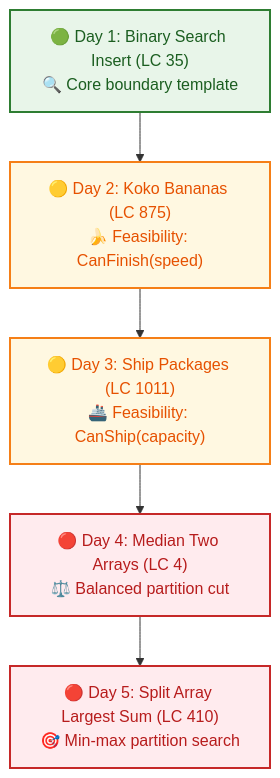
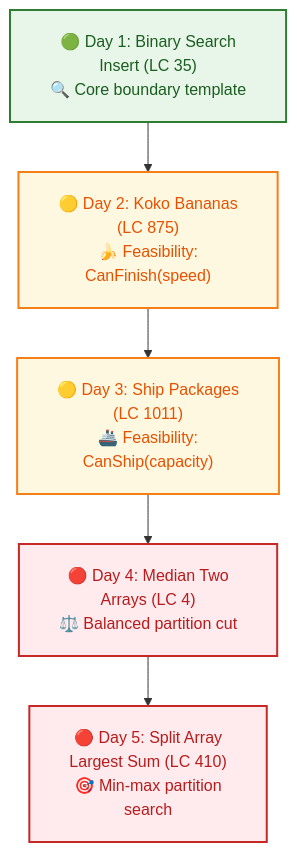
Before and after one commit to dip4k/DSA_102: the fifth of 19 diagrams in Senior_dsa_question_list.md, drawn with Mermaid. The commit also changed other lines of this file and 108 other files, not shown here.

First line of the commit message:
fix(mermaid): resolve diagram clipping, padding, and syntax issues across repo

````diff
--- a/Senior_dsa_question_list.md
+++ b/Senior_dsa_question_list.md
@@ -192,14 +196,15 @@
 ```mermaid
+%%{init: {"flowchart": {"htmlLabels": true, "padding": 20}}}%%
 flowchart TD
     classDef startNode fill:#e8f5e9,stroke:#2e7d32,stroke-width:2px,color:#1b5e20
     classDef midNode fill:#fff8e1,stroke:#f57f17,stroke-width:2px,color:#e65100
     classDef hardNode fill:#ffebee,stroke:#c62828,stroke-width:2px,color:#b71c1c
 
-    A["🟢 Day 1: Binary Search Insert (LC 35)<br/>🔍 Core boundary template"]:::startNode
-    B["🟡 Day 2: Koko Bananas (LC 875)<br/>🍌 Feasibility: CanFinish(speed)"]:::midNode
-    C["🟡 Day 3: Ship Packages (LC 1011)<br/>🚢 Feasibility: CanShip(capacity)"]:::midNode
-    D["🔴 Day 4: Median Two Arrays (LC 4)<br/>⚖️ Balanced partition cut"]:::hardNode
-    E["🔴 Day 5: Split Array Largest Sum (LC 410)<br/>🎯 Min-max partition search"]:::hardNode
+    A["🟢 Day 1: Binary Search<br/>Insert (LC 35)<br/>🔍 Core boundary template"]:::startNode
+    B["🟡 Day 2: Koko Bananas<br/>(LC 875)<br/>🍌 Feasibility:<br/>CanFinish(speed)"]:::midNode
+    C["🟡 Day 3: Ship Packages<br/>(LC 1011)<br/>🚢 Feasibility:<br/>CanShip(capacity)"]:::midNode
+    D["🔴 Day 4: Median Two<br/>Arrays (LC 4)<br/>⚖️ Balanced partition cut"]:::hardNode
+    E["🔴 Day 5: Split Array<br/>Largest Sum (LC 410)<br/>🎯 Min-max partition<br/>search"]:::hardNode
 
     A --> B --> C --> D --> E
 ```
````
